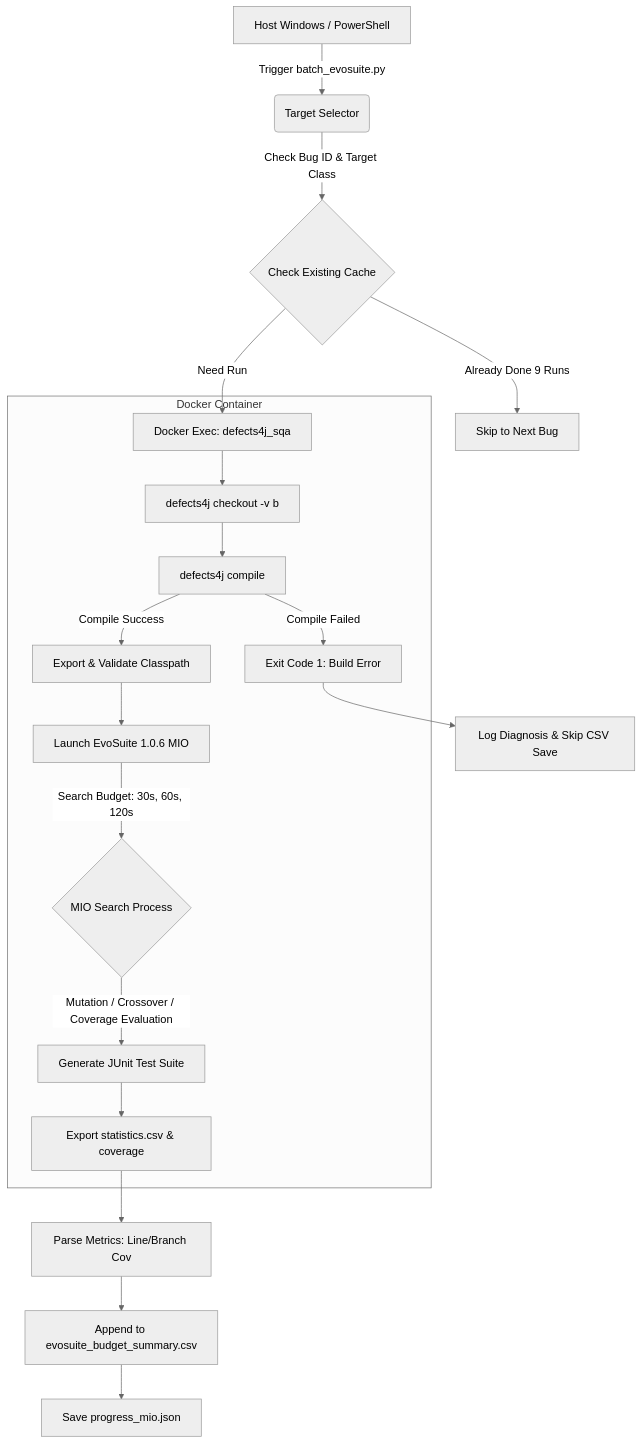
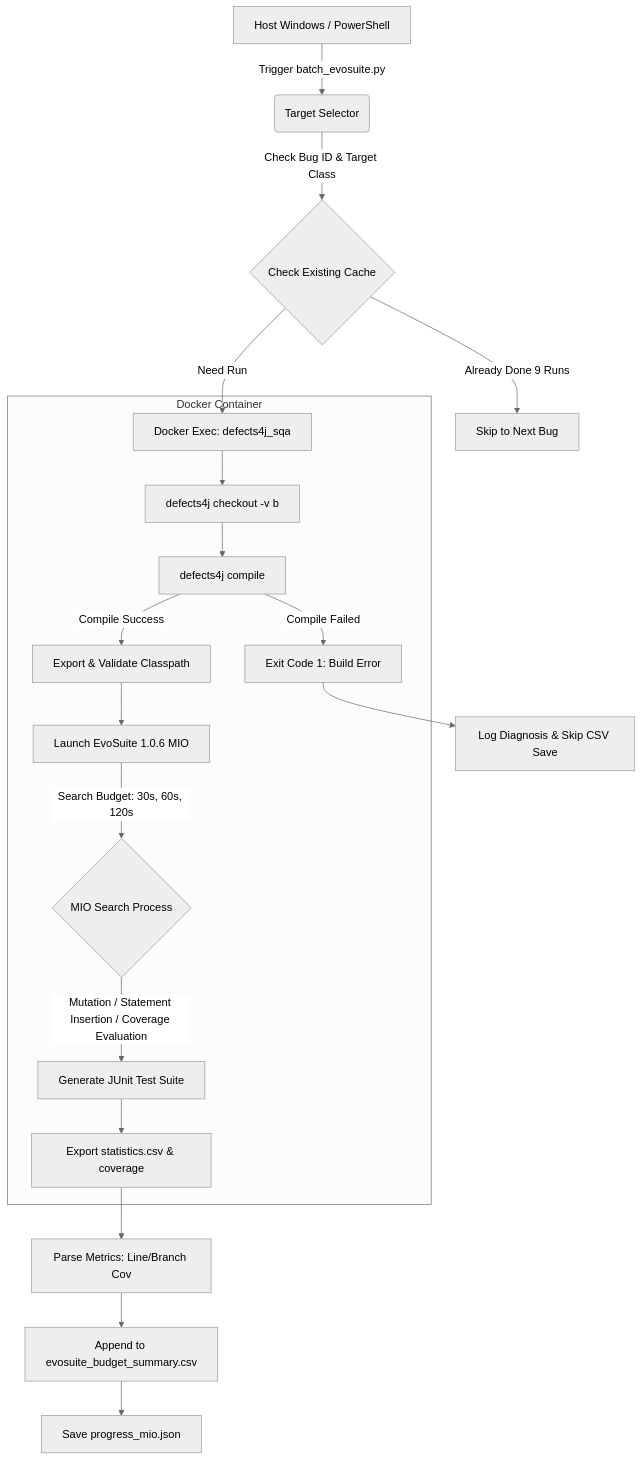
The second of 4 diagrams in MIO_Algorithm/MIO_FAILURE_ANALYSIS_REPORT.md (Bigzzz0/ProjectSQA), drawn with Mermaid (neutral theme) before and after one commit. The commit also changed other lines of this file and 6 other files, not shown here.

````diff
--- a/MIO_Algorithm/MIO_FAILURE_ANALYSIS_REPORT.md
+++ b/MIO_Algorithm/MIO_FAILURE_ANALYSIS_REPORT.md
@@ -68,23 +68,23 @@
 ```mermaid
 flowchart TD
     A[Host Windows / PowerShell] -->|Trigger batch_evosuite.py| B(Target Selector)
     B -->|Check Bug ID & Target Class| C{Check Existing Cache}
     C -->|Already Done 9 Runs| D[Skip to Next Bug]
     C -->|Need Run| E[Docker Exec: defects4j_sqa]
     
     subgraph Docker Container
         E --> F[defects4j checkout -v <bug>b]
         F --> G[defects4j compile]
         G -->|Compile Failed| H[Exit Code 1: Build Error]
         G -->|Compile Success| I[Export & Validate Classpath]
         I --> J[Launch EvoSuite 1.0.6 MIO]
         J -->|Search Budget: 30s, 60s, 120s| K{MIO Search Process}
-        K -->|Mutation / Crossover / Coverage Evaluation| L[Generate JUnit Test Suite]
+        K -->|Mutation / Statement Insertion / Coverage Evaluation| L[Generate JUnit Test Suite]
         L --> M[Export statistics.csv & coverage]
     end
     
     H --> N[Log Diagnosis & Skip CSV Save]
     M --> O[Parse Metrics: Line/Branch Cov]
     O --> P[Append to evosuite_budget_summary.csv]
     P --> Q[Save progress_mio.json]
 ```
````
